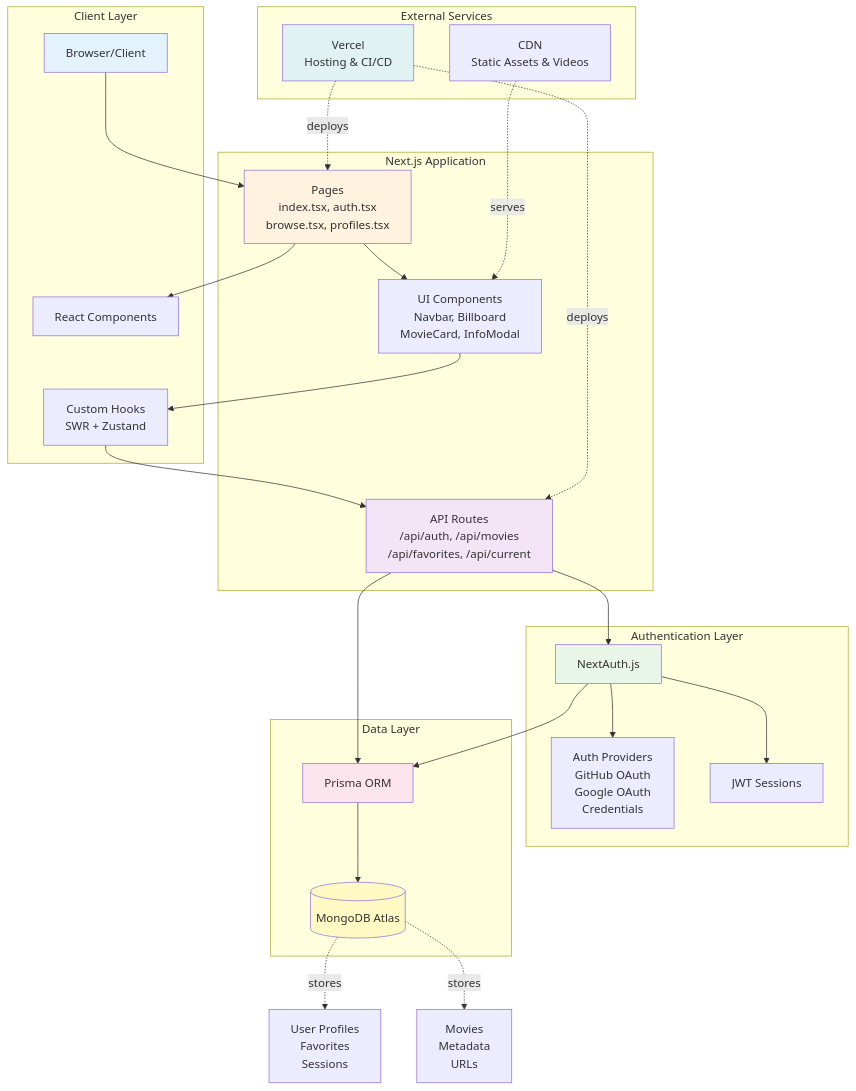
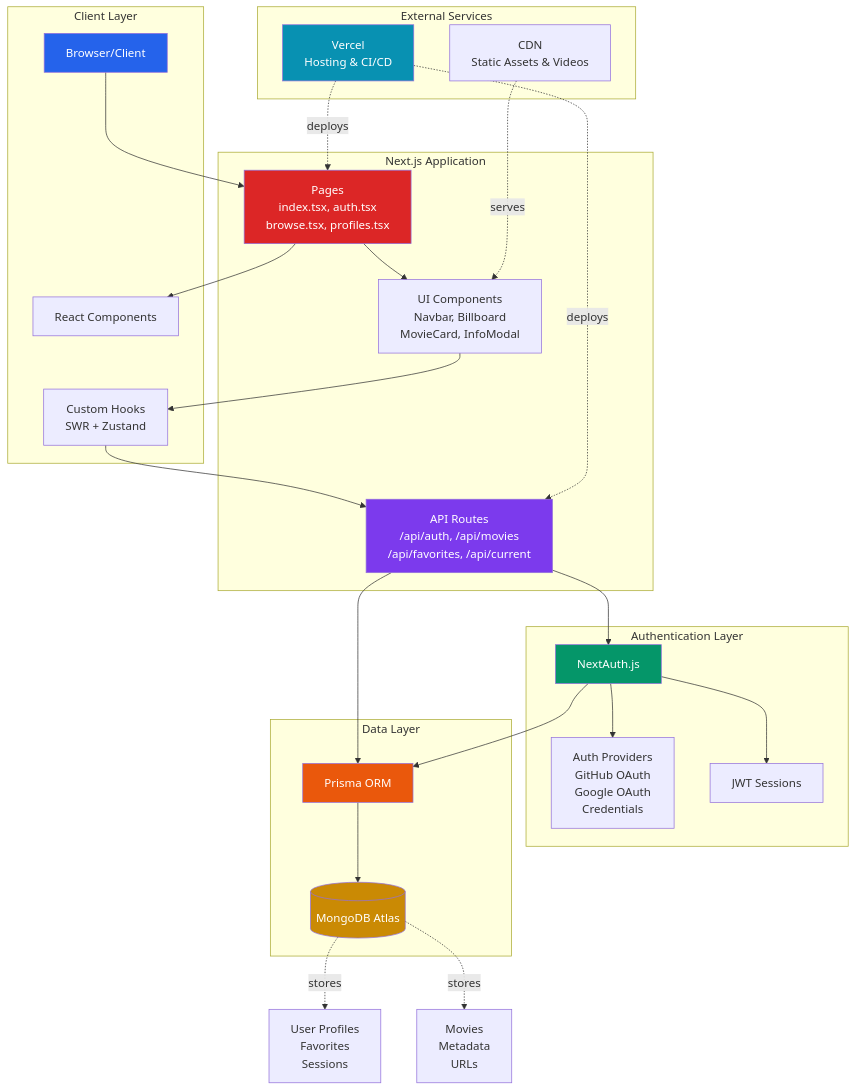
Before and after one commit to dexC166/dex-real-time-streaming: the diagram in architecture.md, drawn with Mermaid. The commit also changed 1 other file, not shown here.

Commit message:
Update styles in architecture and flowchart documentation for improved visual consistency; change color schemes to enhance readability.

````diff
--- a/architecture.md
+++ b/architecture.md
@@ -35,59 +35,59 @@
 ```mermaid
 graph TB
     subgraph "Client Layer"
         Browser[Browser/Client]
         React[React Components]
         Hooks[Custom Hooks<br/>SWR + Zustand]
     end
 
     subgraph "Next.js Application"
         Pages[Pages<br/>index.tsx, auth.tsx<br/>browse.tsx, profiles.tsx]
         Components[UI Components<br/>Navbar, Billboard<br/>MovieCard, InfoModal]
         API[API Routes<br/>/api/auth, /api/movies<br/>/api/favorites, /api/current]
     end
 
     subgraph "Authentication Layer"
         NextAuth[NextAuth.js]
         Providers[Auth Providers<br/>GitHub OAuth<br/>Google OAuth<br/>Credentials]
         JWT[JWT Sessions]
     end
 
     subgraph "Data Layer"
         Prisma[Prisma ORM]
         MongoDB[(MongoDB Atlas)]
     end
 
     subgraph "External Services"
         Vercel[Vercel<br/>Hosting & CI/CD]
         CDN[CDN<br/>Static Assets & Videos]
     end
 
     Browser --> Pages
     Pages --> Components
     Components --> Hooks
     Hooks --> API
     Pages --> React
 
     API --> NextAuth
     API --> Prisma
     NextAuth --> Providers
     NextAuth --> JWT
     NextAuth --> Prisma
 
     Prisma --> MongoDB
 
     Vercel -.deploys.-> Pages
     Vercel -.deploys.-> API
     CDN -.serves.-> Components
 
     MongoDB -.stores.-> UserData[User Profiles<br/>Favorites<br/>Sessions]
     MongoDB -.stores.-> ContentData[Movies<br/>Metadata<br/>URLs]
 
-    style Browser fill:#e3f2fd
-    style Pages fill:#fff3e0
-    style API fill:#f3e5f5
-    style NextAuth fill:#e8f5e9
-    style Prisma fill:#fce4ec
-    style MongoDB fill:#fff9c4
-    style Vercel fill:#e0f2f1
+    style Browser fill:#2563eb,color:#ffffff
+    style Pages fill:#dc2626,color:#ffffff
+    style API fill:#7c3aed,color:#ffffff
+    style NextAuth fill:#059669,color:#ffffff
+    style Prisma fill:#ea580c,color:#ffffff
+    style MongoDB fill:#ca8a04,color:#ffffff
+    style Vercel fill:#0891b2,color:#ffffff
 ```
````
